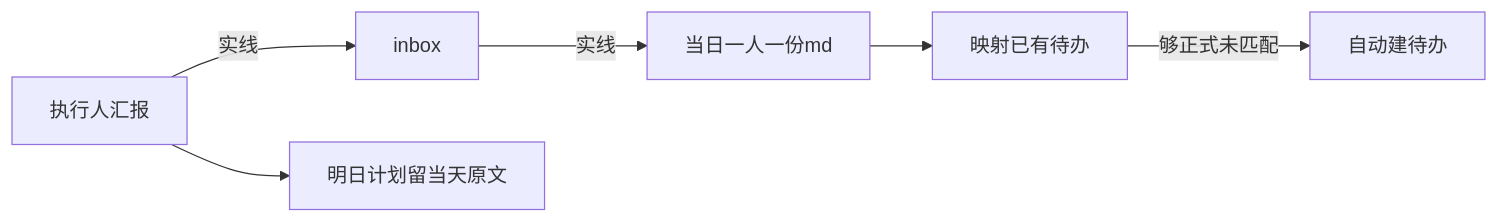
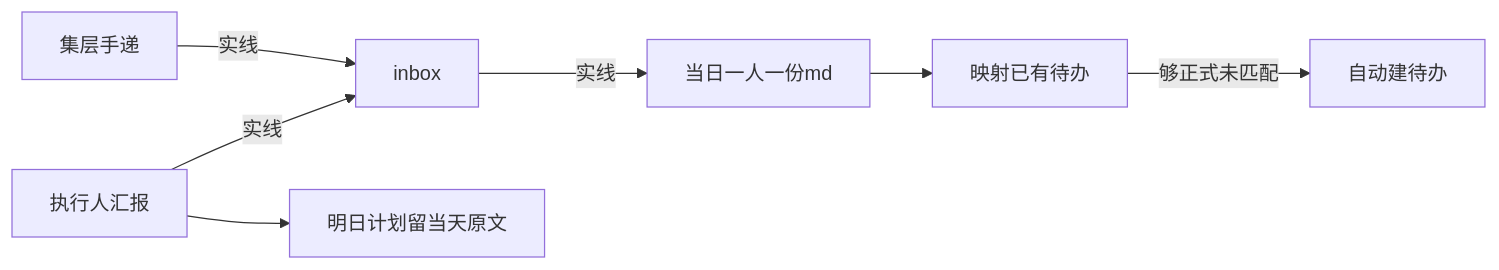
Before and after one commit to qiusuo0226/chrono-pm-skill: the seventh of 23 diagrams in ChronoPM-Project/SKILL_MODULE_MAP.md, drawn with Mermaid. The commit also changed other lines of this file and 12 other files, not shown here.

````diff
--- a/ChronoPM-Project/SKILL_MODULE_MAP.md
+++ b/ChronoPM-Project/SKILL_MODULE_MAP.md
@@ -82,8 +83,9 @@
 ```mermaid
 flowchart LR
   P[执行人汇报] -->|实线| IN[inbox]
   IN -->|实线| MD[当日一人一份md]
   MD --> MAP[映射已有待办]
   MAP -->|够正式未匹配| NEW[自动建待办]
   P --> TMR[明日计划留当天原文]
+  HO[集层手递] -->|实线| IN
 ```
````
